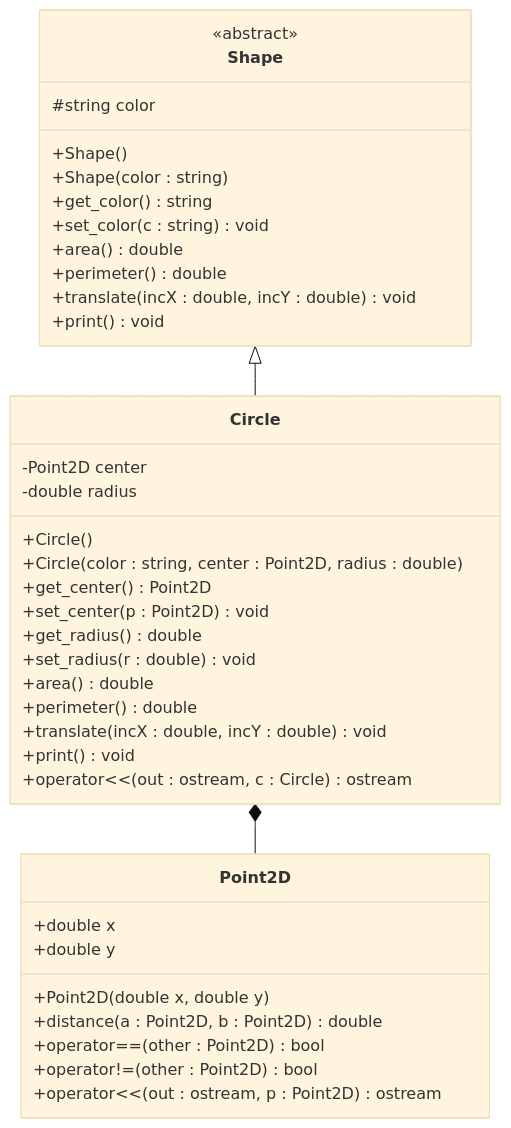
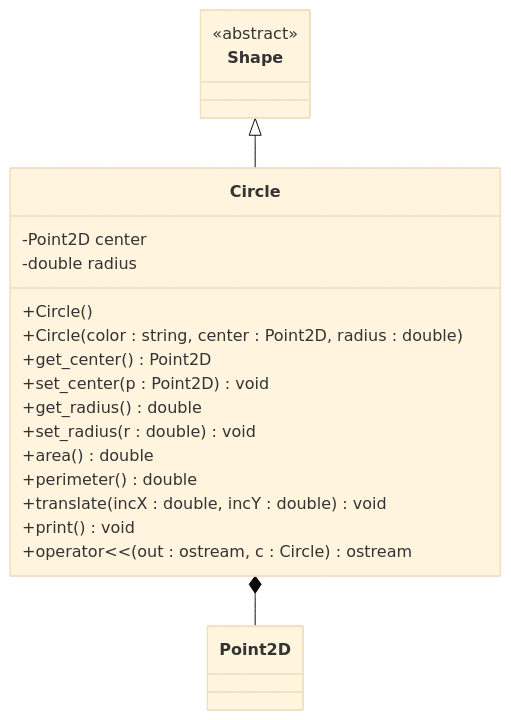
Before and after one commit to JuanIzquierdoDomenech/pra_gitbook_poo: the diagram in parte-2-jerarquia-de-dibujo-2d/clase-circle.md, drawn with Mermaid (base theme).

Commit message:
GITBOOK-67: No subject

````diff
--- a/parte-2-jerarquia-de-dibujo-2d/clase-circle.md
+++ b/parte-2-jerarquia-de-dibujo-2d/clase-circle.md
@@ -7,44 +7,27 @@
 ```mermaid
 classDiagram
     class Shape {
         <<abstract>>
-        #string color
-        +Shape()
-        +Shape(color : string)
-        +get_color() string
-        +set_color(c : string) void
-        +area() double
-        +perimeter() double
-        +translate(incX : double, incY : double) void
-        +print() void
     }
+
+    class Point2D
 
     class Circle {
         -Point2D center
         -double radius
         +Circle()
         +Circle(color : string, center : Point2D, radius : double)
         +get_center() Point2D
         +set_center(p : Point2D) void
         +get_radius() double
         +set_radius(r : double) void
         +area() double
         +perimeter() double
         +translate(incX : double, incY : double) void
         +print() void
         +operator<<(out : ostream, c : Circle) ostream
     }
 
-    class Point2D {
-        +double x
-        +double y
-        +Point2D(double x, double y)
-        +distance(a : Point2D, b : Point2D) double
-        +operator==(other : Point2D) bool
-        +operator!=(other : Point2D) bool
-        +operator<<(out : ostream, p : Point2D) ostream
-    }
-
     Shape <|-- Circle
     Circle *-- Point2D
 ```
````
